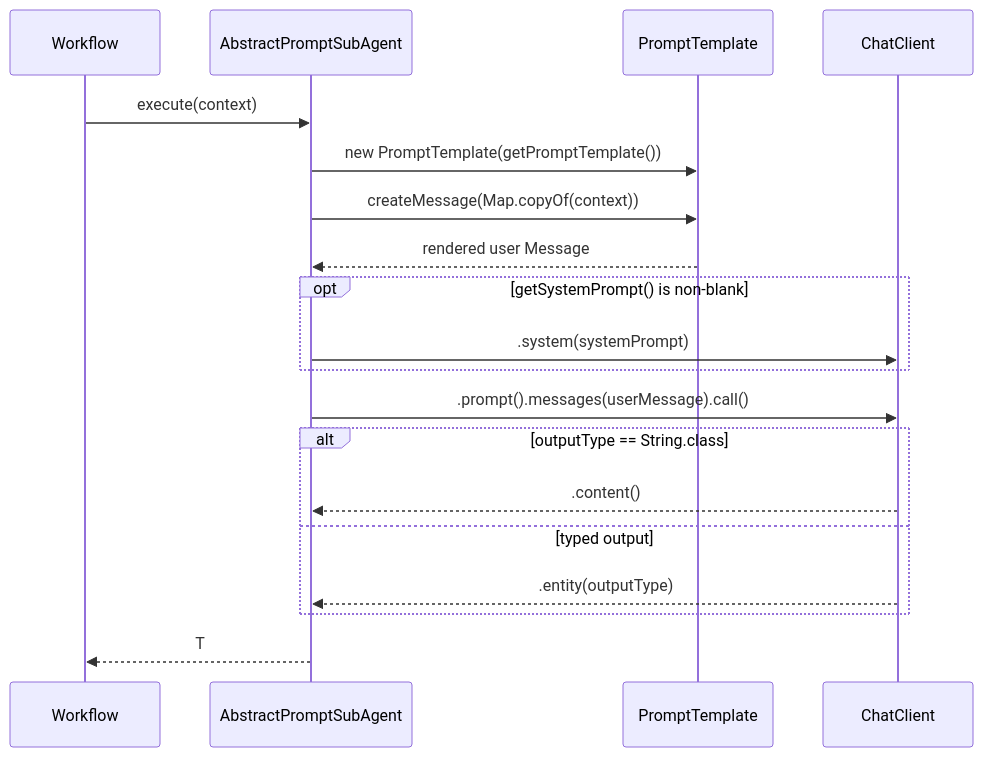
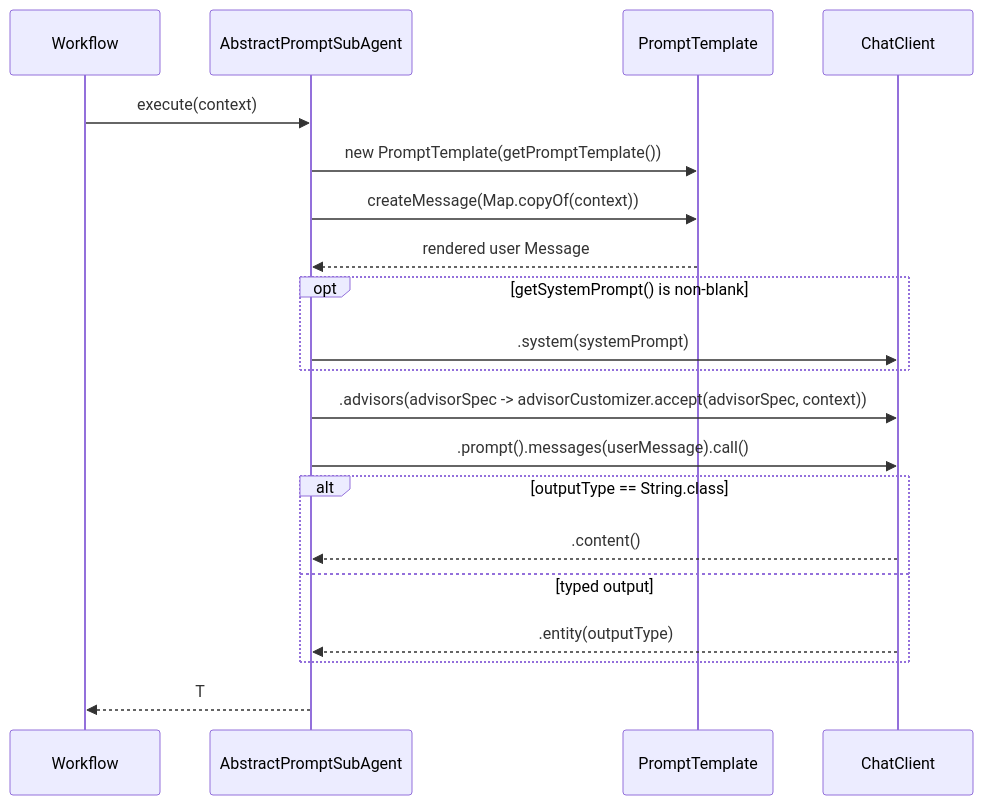
Before and after one commit to ronaldwkcheng/agent-api: the second of 3 diagrams in api/README.md, drawn with Mermaid. The commit also changed other lines of this file and 7 other files, not shown here.

````diff
--- a/api/README.md
+++ b/api/README.md
@@ -169,22 +133,23 @@
 ```mermaid
 sequenceDiagram
     participant W as Workflow
     participant A as AbstractPromptSubAgent
     participant PT as PromptTemplate
     participant CC as ChatClient
 
     W->>A: execute(context)
     A->>PT: new PromptTemplate(getPromptTemplate())
     A->>PT: createMessage(Map.copyOf(context))
     PT-->>A: rendered user Message
     opt getSystemPrompt() is non-blank
         A->>CC: .system(systemPrompt)
     end
+    A->>CC: .advisors(advisorSpec -> advisorCustomizer.accept(advisorSpec, context))
     A->>CC: .prompt().messages(userMessage).call()
     alt outputType == String.class
         CC-->>A: .content()
     else typed output
         CC-->>A: .entity(outputType)
     end
     A-->>W: T
 ```
````
